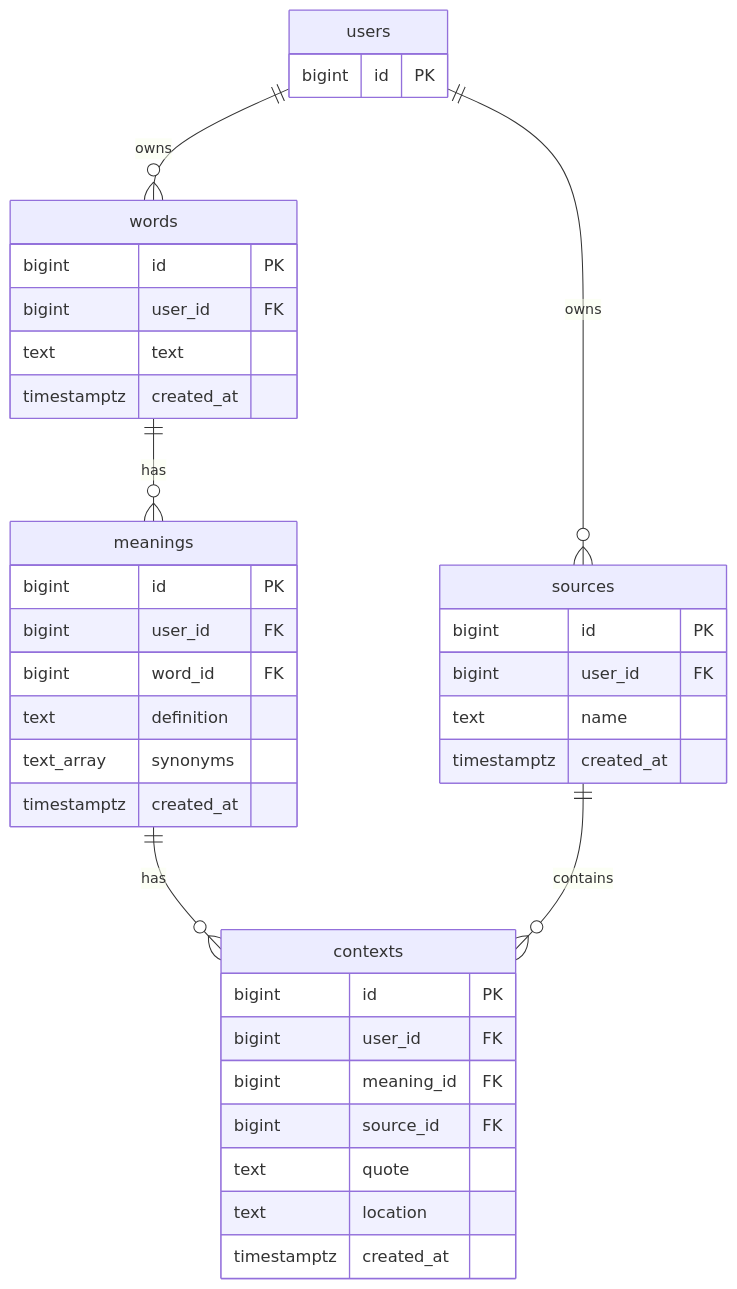
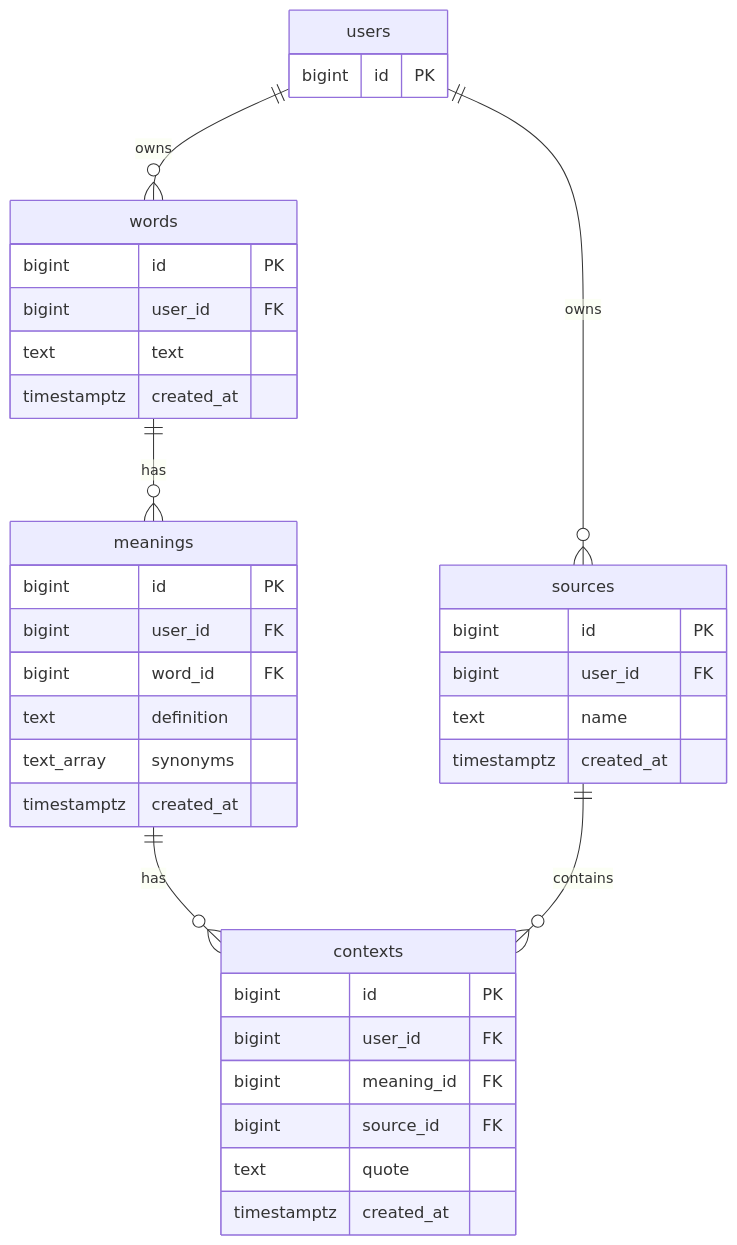
Before and after one commit to YoungSusanoo/xrayl: the diagram in docs/database.md, drawn with Mermaid. The commit also changed other lines of this file and 21 other files, not shown here.

````diff
--- a/docs/database.md
+++ b/docs/database.md
@@ -11,41 +11,40 @@
 ```mermaid
 erDiagram
     users ||--o{ words : owns
     users ||--o{ sources : owns
     words ||--o{ meanings : has
     meanings ||--o{ contexts : has
     sources ||--o{ contexts : contains
 
     users {
         bigint id PK
     }
     words {
         bigint id PK
         bigint user_id FK
         text text
         timestamptz created_at
     }
     meanings {
         bigint id PK
         bigint user_id FK
         bigint word_id FK
         text definition
         text_array synonyms
         timestamptz created_at
     }
     sources {
         bigint id PK
         bigint user_id FK
         text name
         timestamptz created_at
     }
     contexts {
         bigint id PK
         bigint user_id FK
         bigint meaning_id FK
         bigint source_id FK
         text quote
-        text location
         timestamptz created_at
     }
 ```
````
